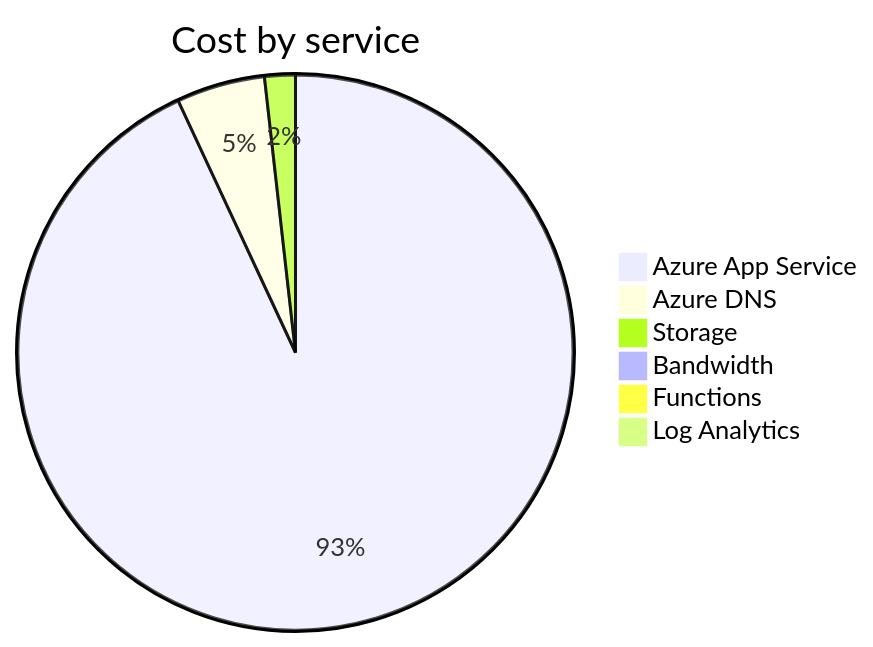
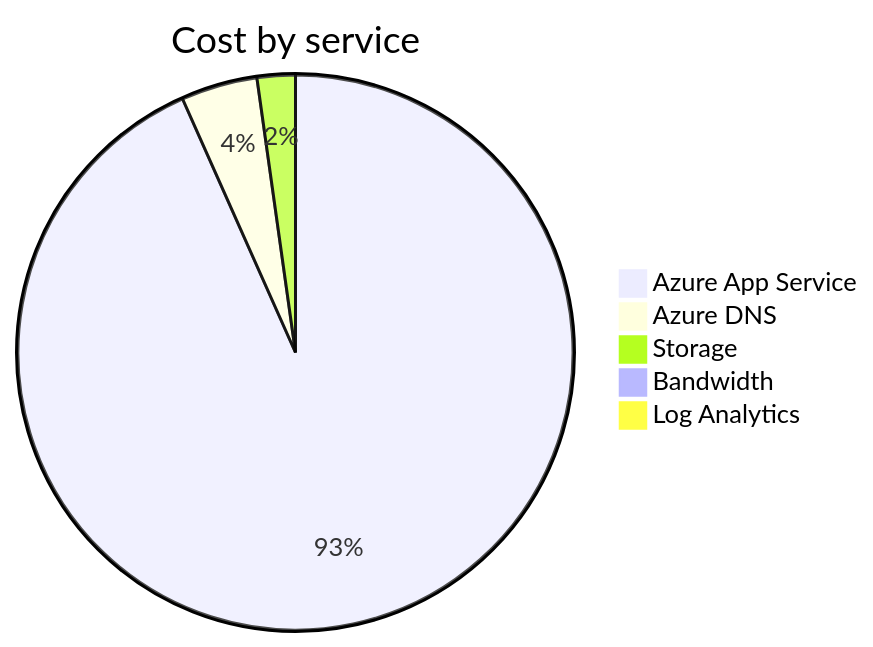
One commit to jpfulton/azure-personal-reports changed the second of 4 diagrams in cost-reports/accumulated-cost.md. Above: the diagram before and after it, drawn with Mermaid. The commit also changed other lines of this file and 4 other files, not shown here.

````diff
--- a/cost-reports/accumulated-cost.md
+++ b/cost-reports/accumulated-cost.md
@@ -100,10 +97,9 @@
 ```mermaid
 pie
    title Cost by service
-   "Azure App Service" : 17.70
-   "Azure DNS" : 0.98
-   "Storage" : 0.34
+   "Azure App Service" : 0.42
+   "Azure DNS" : 0.02
+   "Storage" : 0.01
    "Bandwidth" : 0.00
-   "Functions" : 0.00
    "Log Analytics" : 0.00
 ```
````
